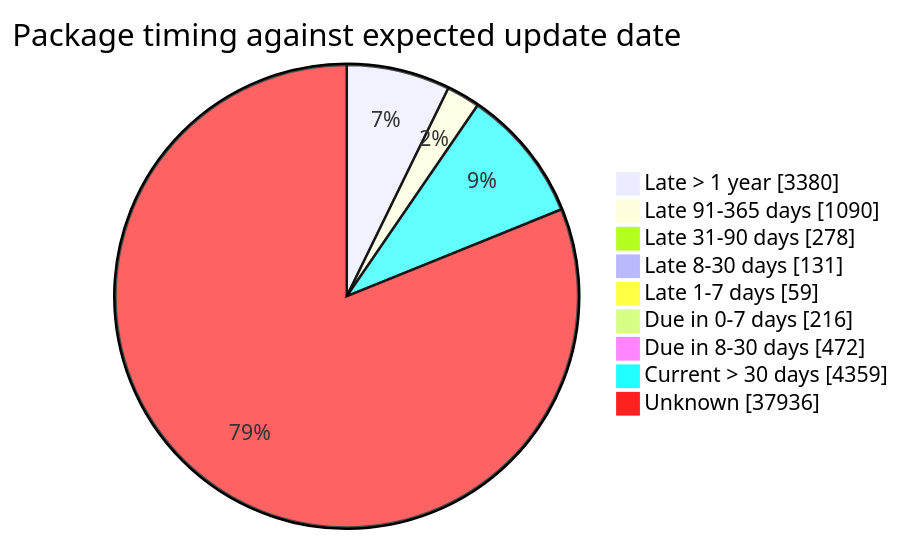
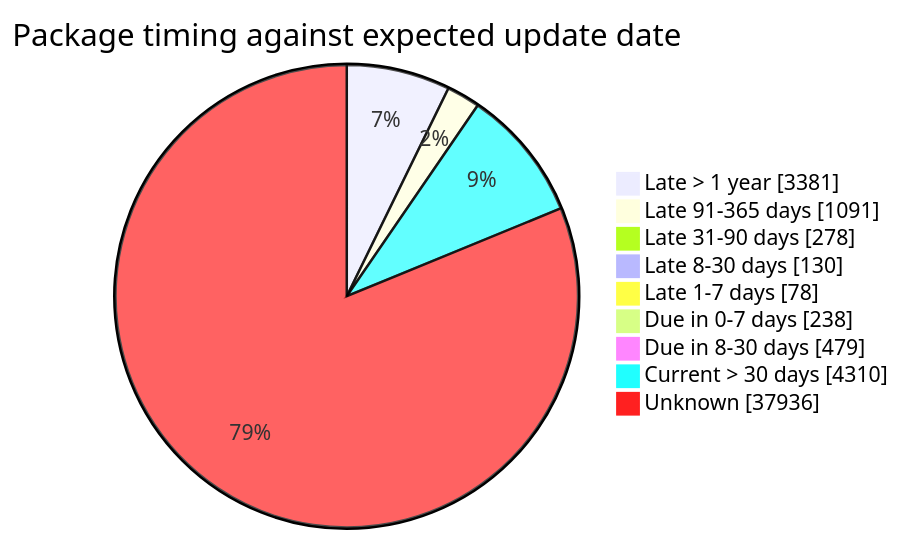
Before and after one commit to open-data/analytics-corporate-reporting: the fourth of 5 diagrams in FreshCheck/README.md, drawn with Mermaid. The commit also changed other lines of this file and 3 other files, not shown here.

````diff
--- a/FreshCheck/README.md
+++ b/FreshCheck/README.md
@@ -86,12 +86,12 @@
 ```mermaid
 pie showData title Package timing against expected update date
-    "Late > 1 year": 3380
-    "Late 91-365 days": 1090
+    "Late > 1 year": 3381
+    "Late 91-365 days": 1091
     "Late 31-90 days": 278
-    "Late 8-30 days": 131
-    "Late 1-7 days": 59
-    "Due in 0-7 days": 216
-    "Due in 8-30 days": 472
-    "Current > 30 days": 4359
+    "Late 8-30 days": 130
+    "Late 1-7 days": 78
+    "Due in 0-7 days": 238
+    "Due in 8-30 days": 479
+    "Current > 30 days": 4310
     "Unknown": 37936
 ```
````
